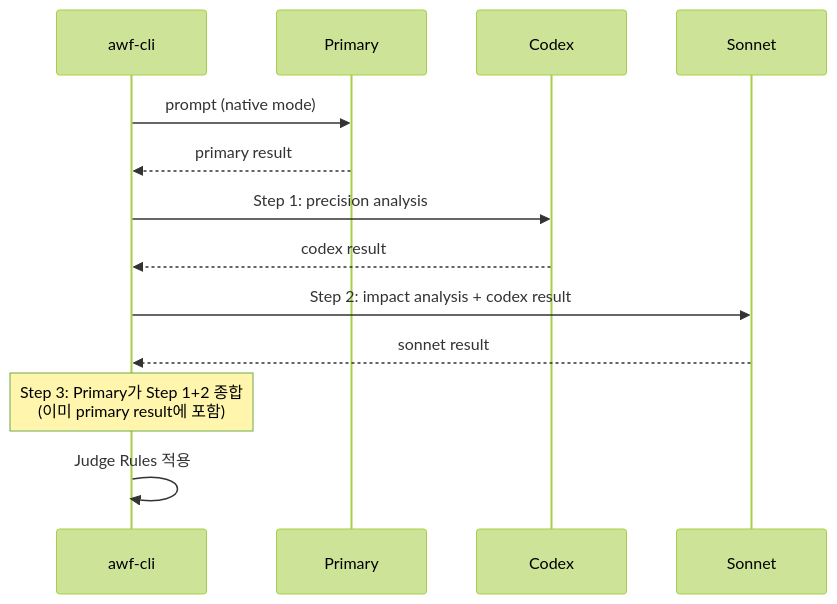
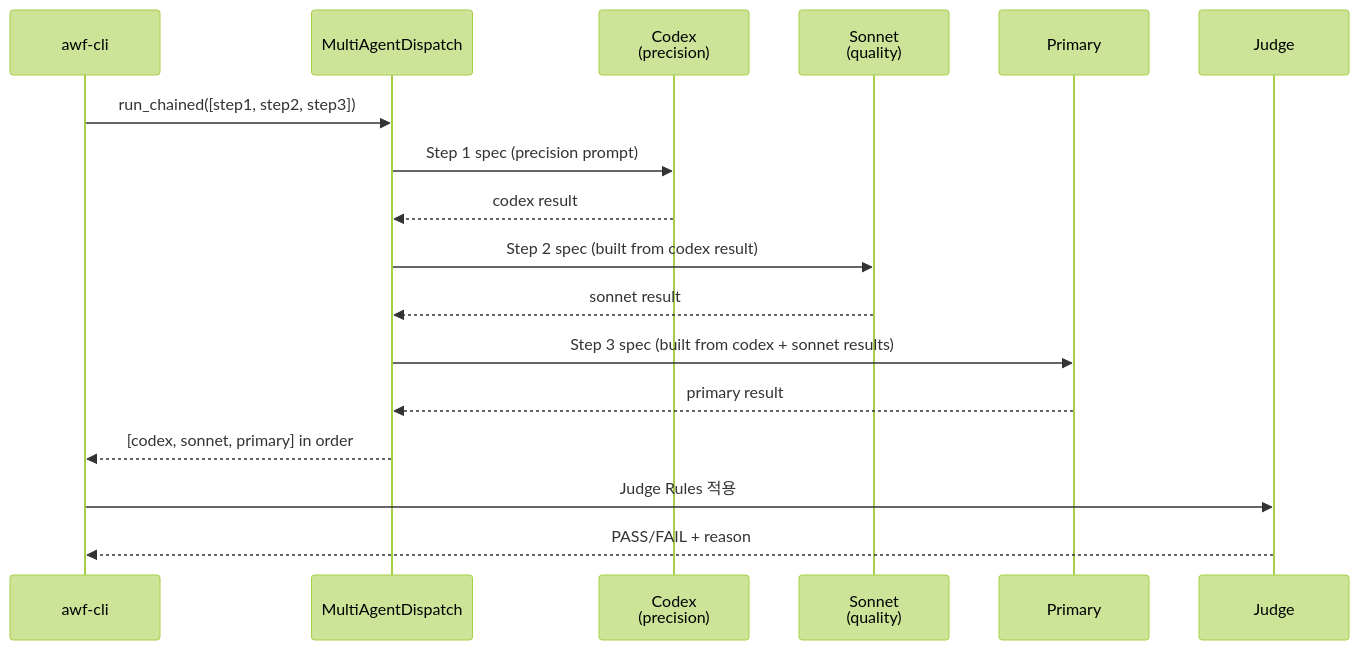
The third of 5 diagrams in docs/architecture/03-multi-agent.md (coldplay126/ai-workflow-tools), drawn with Mermaid (forest theme) before and after one commit. The commit also changed 7 other files, not shown here.

First line of the commit message:
feat(core): add run_chained dispatch interface; migrate critical mode (#27)

````diff
--- a/docs/architecture/03-multi-agent.md
+++ b/docs/architecture/03-multi-agent.md
@@ -45,17 +45,20 @@
 ```mermaid
 sequenceDiagram
     participant CLI as awf-cli
+    participant D as MultiAgentDispatch
+    participant C as Codex<br/>(precision)
+    participant S as Sonnet<br/>(quality)
     participant P as Primary
-    participant C as Codex
-    participant S as Sonnet
+    participant J as Judge
 
-    CLI->>P: prompt (native mode)
-    P-->>CLI: primary result
-
-    CLI->>C: Step 1: precision analysis
-    C-->>CLI: codex result
-    CLI->>S: Step 2: impact analysis + codex result
-    S-->>CLI: sonnet result
-    Note over CLI: Step 3: Primary가 Step 1+2 종합<br/>(이미 primary result에 포함)
-    CLI->>CLI: Judge Rules 적용
+    CLI->>D: run_chained([step1, step2, step3])
+    D->>C: Step 1 spec (precision prompt)
+    C-->>D: codex result
+    D->>S: Step 2 spec (built from codex result)
+    S-->>D: sonnet result
+    D->>P: Step 3 spec (built from codex + sonnet results)
+    P-->>D: primary result
+    D-->>CLI: [codex, sonnet, primary] in order
+    CLI->>J: Judge Rules 적용
+    J-->>CLI: PASS/FAIL + reason
 ```
````
